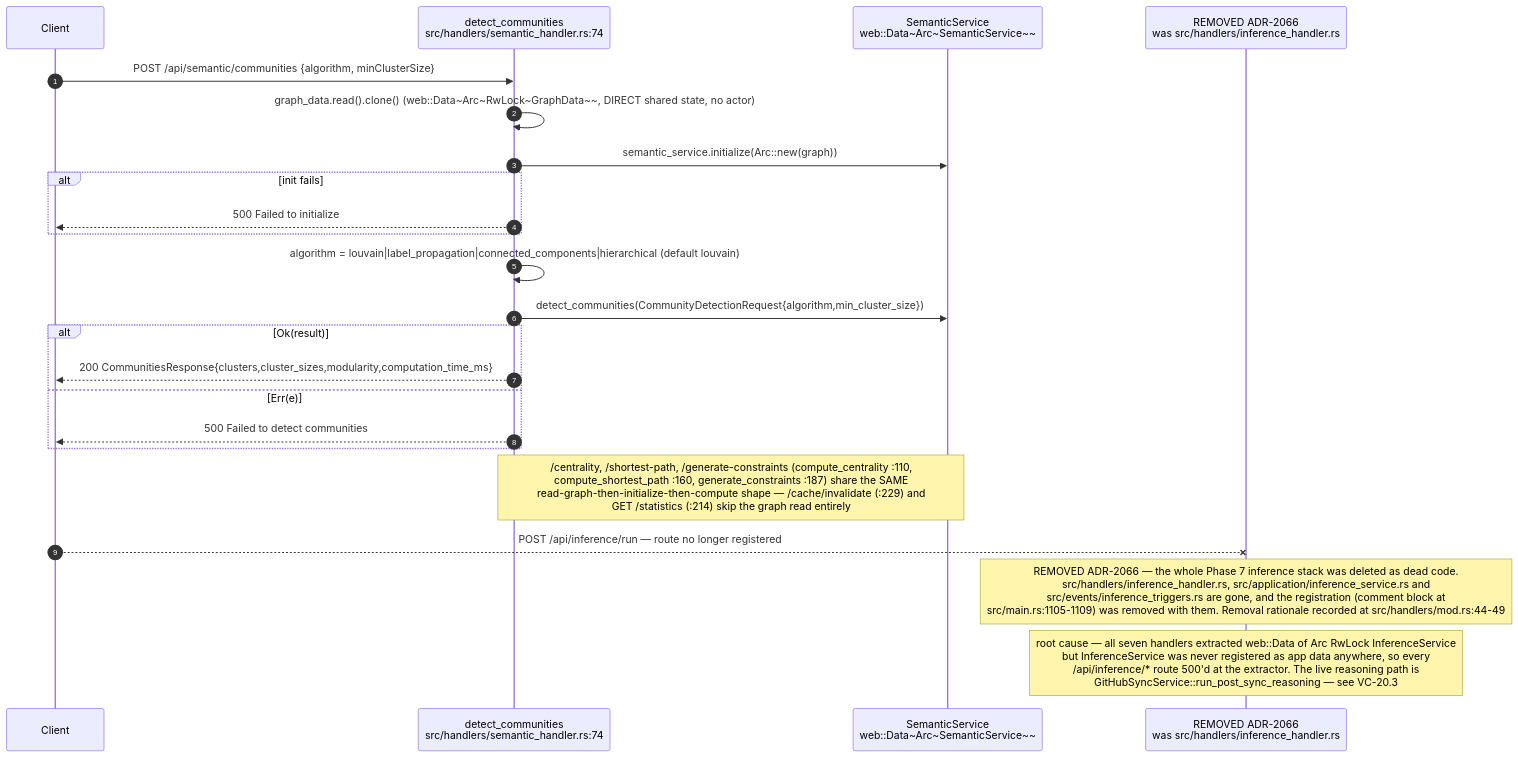
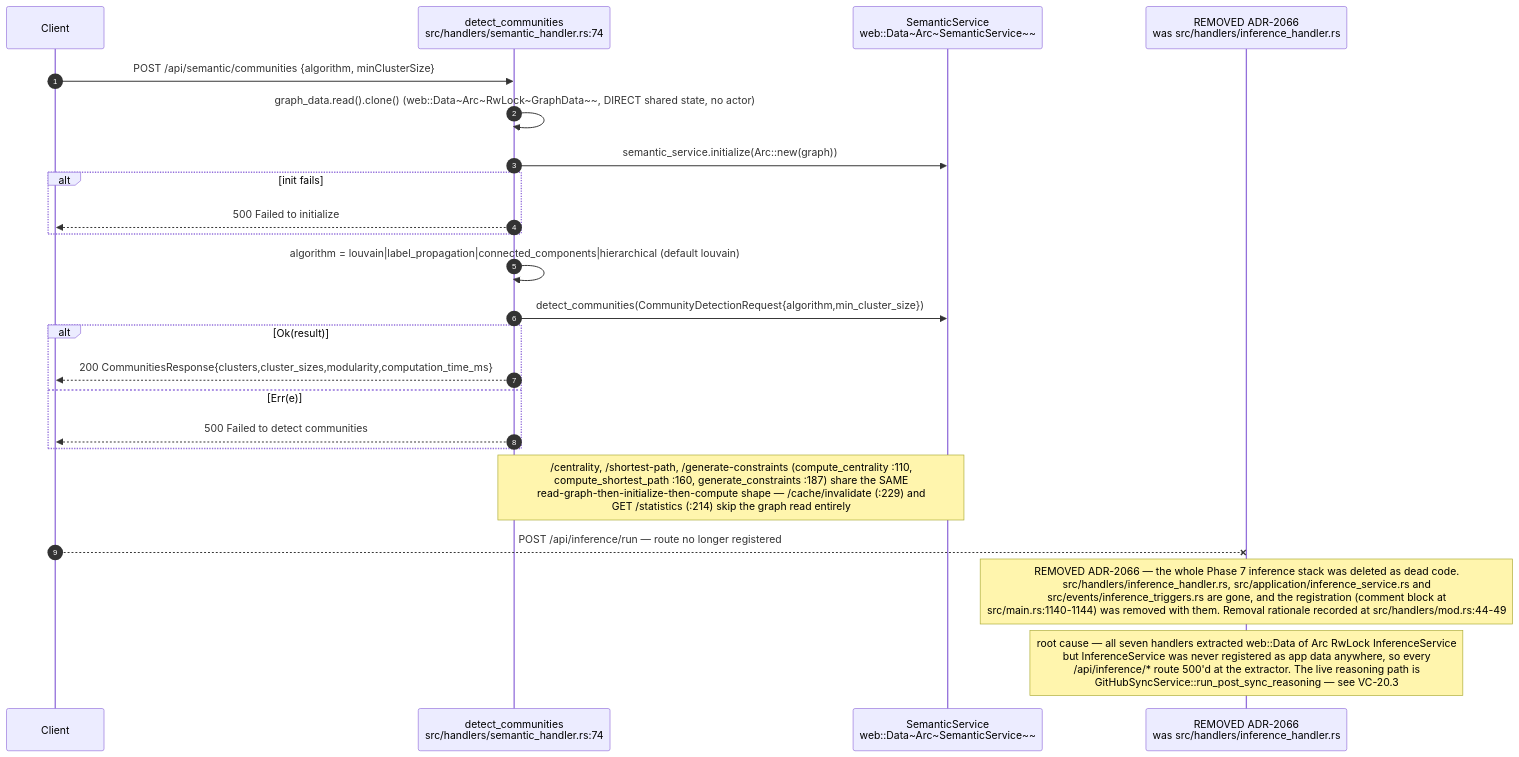
One commit to DreamLab-AI/VisionFlow changed diagram 22 of 29 in docs/diagrams/visionclaw/04-handlers-graph-and-state.md. Above: the diagram before and after it, drawn with Mermaid. The commit also changed other lines of this file and 32 other files, not shown here.

````diff
--- a/docs/diagrams/visionclaw/04-handlers-graph-and-state.md
+++ b/docs/diagrams/visionclaw/04-handlers-graph-and-state.md
@@ -969,27 +977,27 @@
 ```mermaid
 sequenceDiagram
     autonumber
     participant C as Client
     participant DC as detect_communities<br/>src/handlers/semantic_handler.rs:74
     participant SEM as SemanticService<br/>web::Data~Arc~SemanticService~~
     participant RI as REMOVED ADR-2066<br/>was src/handlers/inference_handler.rs
 
     C->>DC: POST /api/semantic/communities {algorithm, minClusterSize}
     DC->>DC: graph_data.read().clone() (web::Data~Arc~RwLock~GraphData~~, DIRECT shared state, no actor)
     DC->>SEM: semantic_service.initialize(Arc::new(graph))
     alt init fails
         DC-->>C: 500 Failed to initialize
     end
     DC->>DC: algorithm = louvain|label_propagation|connected_components|hierarchical (default louvain)
     DC->>SEM: detect_communities(CommunityDetectionRequest{algorithm,min_cluster_size})
     alt Ok(result)
         DC-->>C: 200 CommunitiesResponse{clusters,cluster_sizes,modularity,computation_time_ms}
     else Err(e)
         DC-->>C: 500 Failed to detect communities
     end
     Note over DC,SEM: /centrality, /shortest-path, /generate-constraints (compute_centrality :110,<br/>compute_shortest_path :160, generate_constraints :187) share the SAME<br/>read-graph-then-initialize-then-compute shape — /cache/invalidate (:229) and<br/>GET /statistics (:214) skip the graph read entirely
 
 C--xRI: POST /api/inference/run — route no longer registered
-    Note over RI: REMOVED ADR-2066 — the whole Phase 7 inference stack was deleted as dead code.<br/>src/handlers/inference_handler.rs, src/application/inference_service.rs and<br/>src/events/inference_triggers.rs are gone, and the registration (comment block at<br/>src/main.rs:1105-1109) was removed with them. Removal rationale recorded at src/handlers/mod.rs:44-49
+    Note over RI: REMOVED ADR-2066 — the whole Phase 7 inference stack was deleted as dead code.<br/>src/handlers/inference_handler.rs, src/application/inference_service.rs and<br/>src/events/inference_triggers.rs are gone, and the registration (comment block at<br/>src/main.rs:1140-1144) was removed with them. Removal rationale recorded at src/handlers/mod.rs:44-49
     Note over RI: root cause — all seven handlers extracted web::Data of Arc RwLock InferenceService<br/>but InferenceService was never registered as app data anywhere, so every<br/>/api/inference/* route 500'd at the extractor. The live reasoning path is<br/>GitHubSyncService::run_post_sync_reasoning — see VC-20.3
 ```
````
